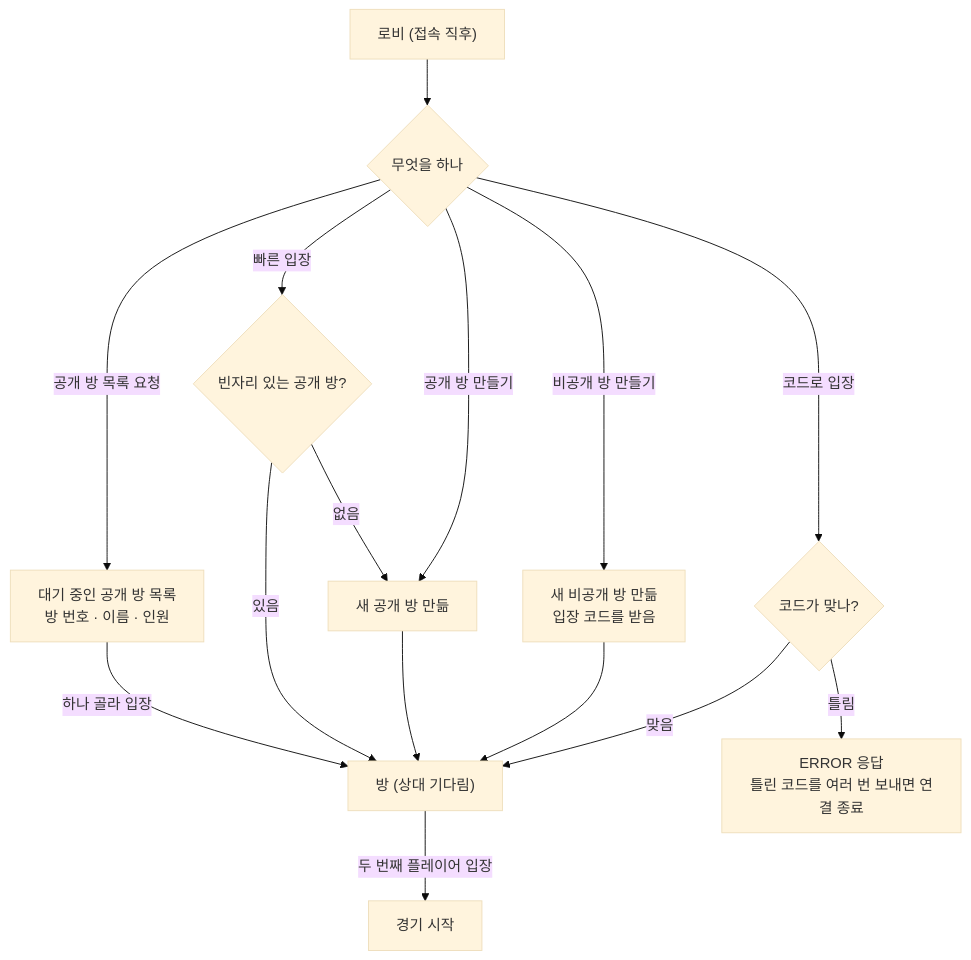
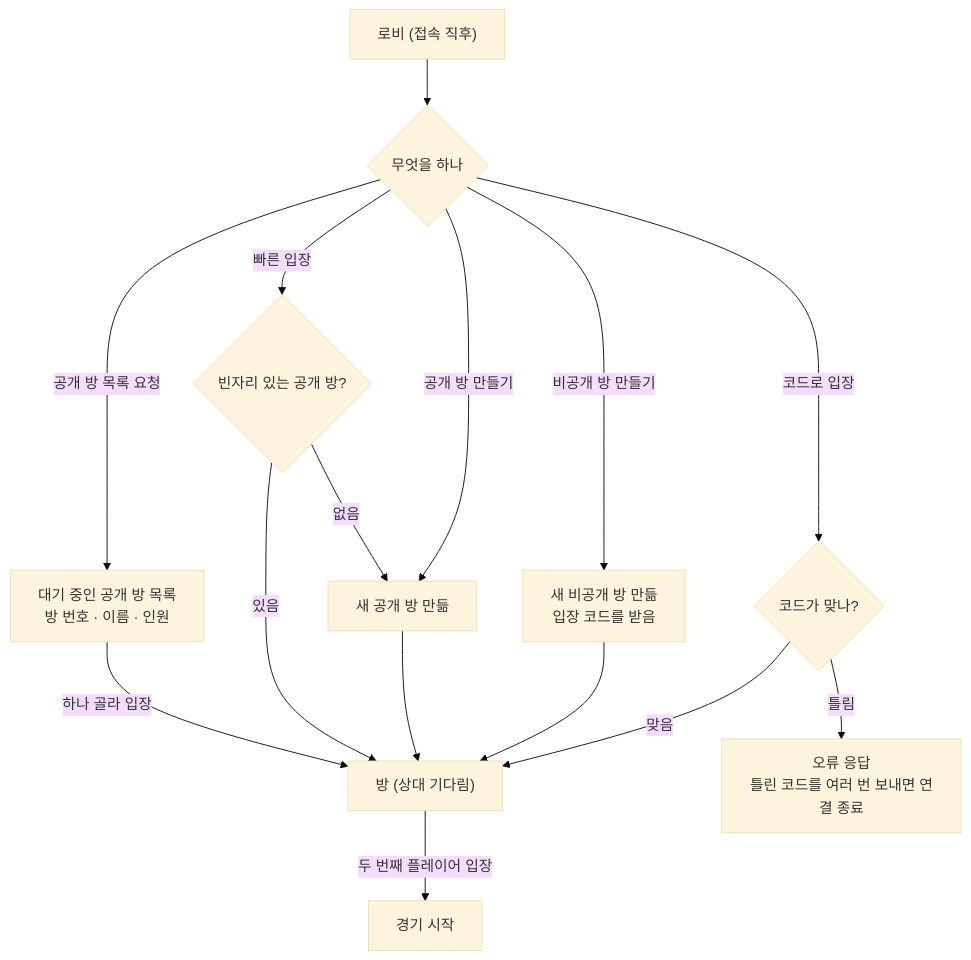
The fourth of 4 diagrams in docs/overview.md (JustForLabor/Relay-Server-Practice), drawn with Mermaid (base theme) before and after one commit. The commit also changed other lines of this file and 1 other file, not shown here.

Commit message:
docs(overview): plain-language main loop and connection state diagrams; checker rule 4

````diff
--- a/docs/overview.md
+++ b/docs/overview.md
@@ -162,15 +177,15 @@
 ```mermaid
 flowchart TB
     L["로비 (접속 직후)"] --> Q{"무엇을 하나"}
     Q -->|공개 방 목록 요청| LIST["대기 중인 공개 방 목록<br/>방 번호 · 이름 · 인원"]
     LIST -->|하나 골라 입장| ROOM["방 (상대 기다림)"]
     Q -->|빠른 입장| AUTO{"빈자리 있는 공개 방?"}
     AUTO -->|있음| ROOM
     AUTO -->|없음| NEWPUB["새 공개 방 만듦"] --> ROOM
     Q -->|공개 방 만들기| NEWPUB
     Q -->|비공개 방 만들기| NEWPRI["새 비공개 방 만듦<br/>입장 코드를 받음"] --> ROOM
     Q -->|코드로 입장| CODE{"코드가 맞나?"}
     CODE -->|맞음| ROOM
-    CODE -->|틀림| ERR["ERROR 응답<br/>틀린 코드를 여러 번 보내면 연결 종료"]
+    CODE -->|틀림| ERR["오류 응답<br/>틀린 코드를 여러 번 보내면 연결 종료"]
     ROOM -->|두 번째 플레이어 입장| PLAY["경기 시작"]
 ```
````
